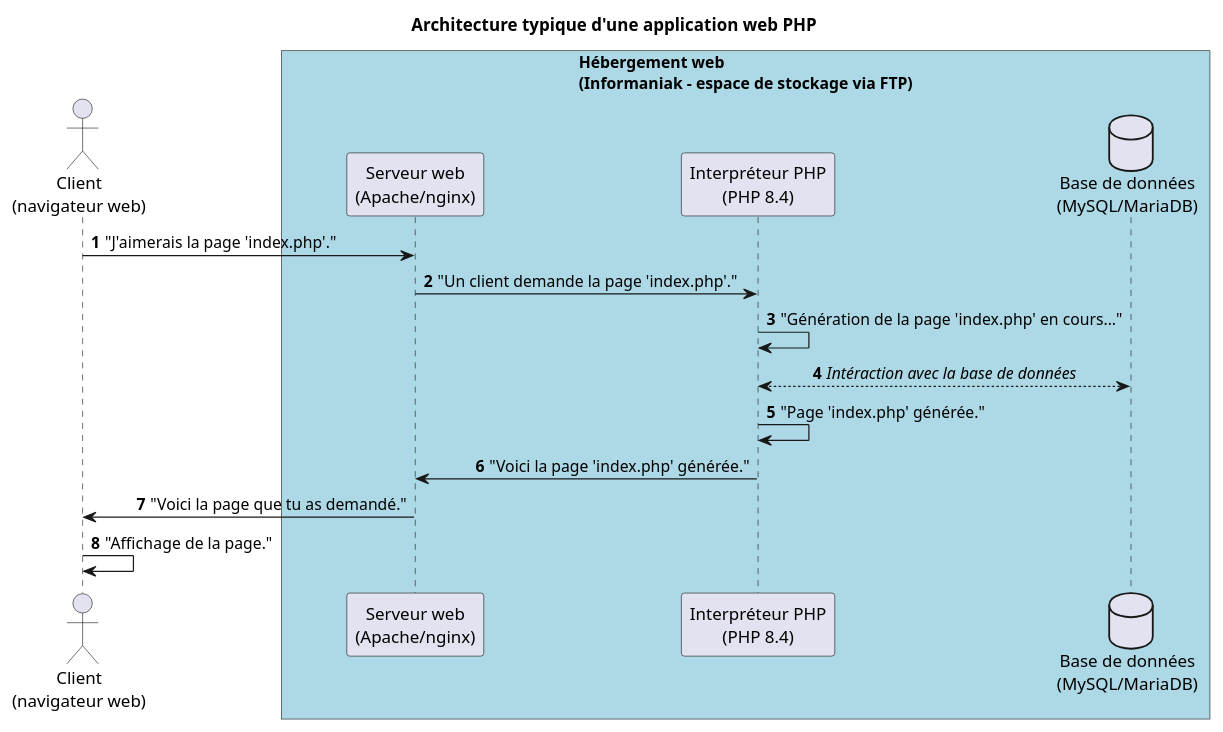
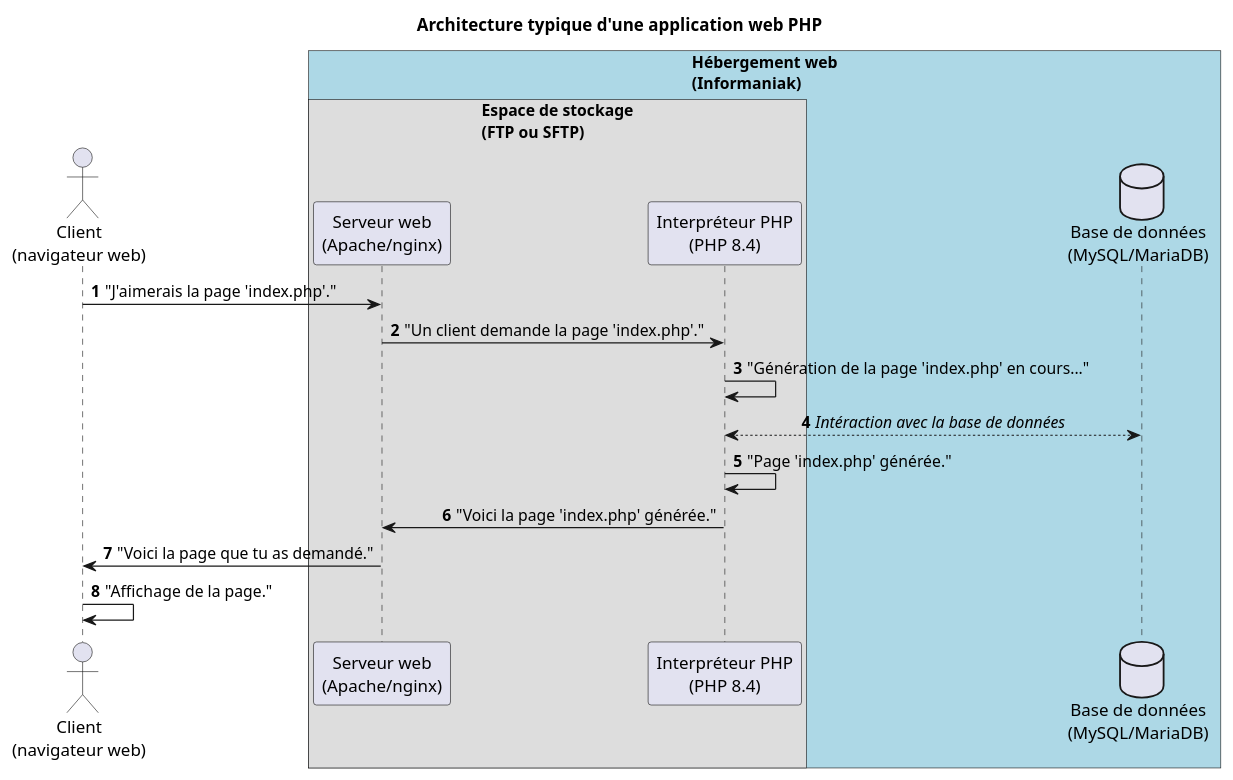
One commit to heig-vd-progserv-course/heig-vd-progserv2-course changed the diagram in 03.01-deploiement/01-supports-de-cours/images/architecture-typique-dune-application-web-php.plantuml. Above: the diagram before and after it, drawn with PlantUML. The commit also changed 4 other files, not shown here.

```diff
--- a/03.01-deploiement/01-supports-de-cours/images/architecture-typique-dune-application-web-php.plantuml
+++ b/03.01-deploiement/01-supports-de-cours/images/architecture-typique-dune-application-web-php.plantuml
@@ -1,30 +1,31 @@
 @startuml "architecture-typique-dune-application-web-php"
 skinparam boxPadding 100
-skinparam participantPadding 50
 skinparam maxMessageSize 300
 skinparam noteTextAlignment center
 skinparam sequenceMessageAlign direction
 skinparam wrapWidth 250
 autonumber
 
 !pragma teoz true
 
 title "Architecture typique d'une application web PHP"
 
 actor "Client\n(navigateur web)" as browser
 
-box "Hébergement web\n(Informaniak - espace de stockage via FTP)" #LightBlue
+box "Hébergement web\n(Informaniak)" #LightBlue
+box "Espace de stockage\n(FTP ou SFTP)"
 participant "Serveur web\n(Apache/nginx)" as webserver
 participant "Interpréteur PHP\n(PHP 8.4)" as php
+end box
 database "Base de données\n(MySQL/MariaDB)" as db
 end box
 
 browser -> webserver: "J'aimerais la page 'index.php'."
 webserver -> php: "Un client demande la page 'index.php'."
 php -> php: "Génération de la page 'index.php' en cours..."
 php <--> db: //Intéraction avec la base de données//
 php -> php: "Page 'index.php' générée."
 php -> webserver: "Voici la page 'index.php' générée."
 webserver -> browser: "Voici la page que tu as demandé."
 browser -> browser: "Affichage de la page."
 @enduml
```
